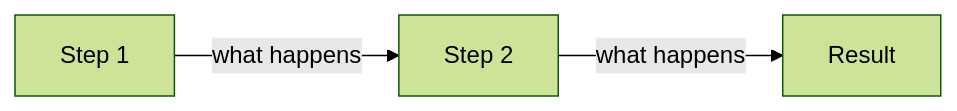
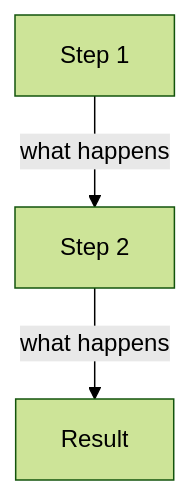
One commit to starjustice/research-material changed the diagram in templates/lesson-template.md. Above: the diagram before and after it, drawn with Mermaid (forest theme). The commit also changed other lines of this file and 2 other files, not shown here.

````diff
--- a/templates/lesson-template.md
+++ b/templates/lesson-template.md
@@ -25,5 +36,5 @@
 ```mermaid
-graph LR
+graph TB
     A["Step 1"] -->|what happens| B["Step 2"]
     B -->|what happens| C["Result"]
 ```
````
